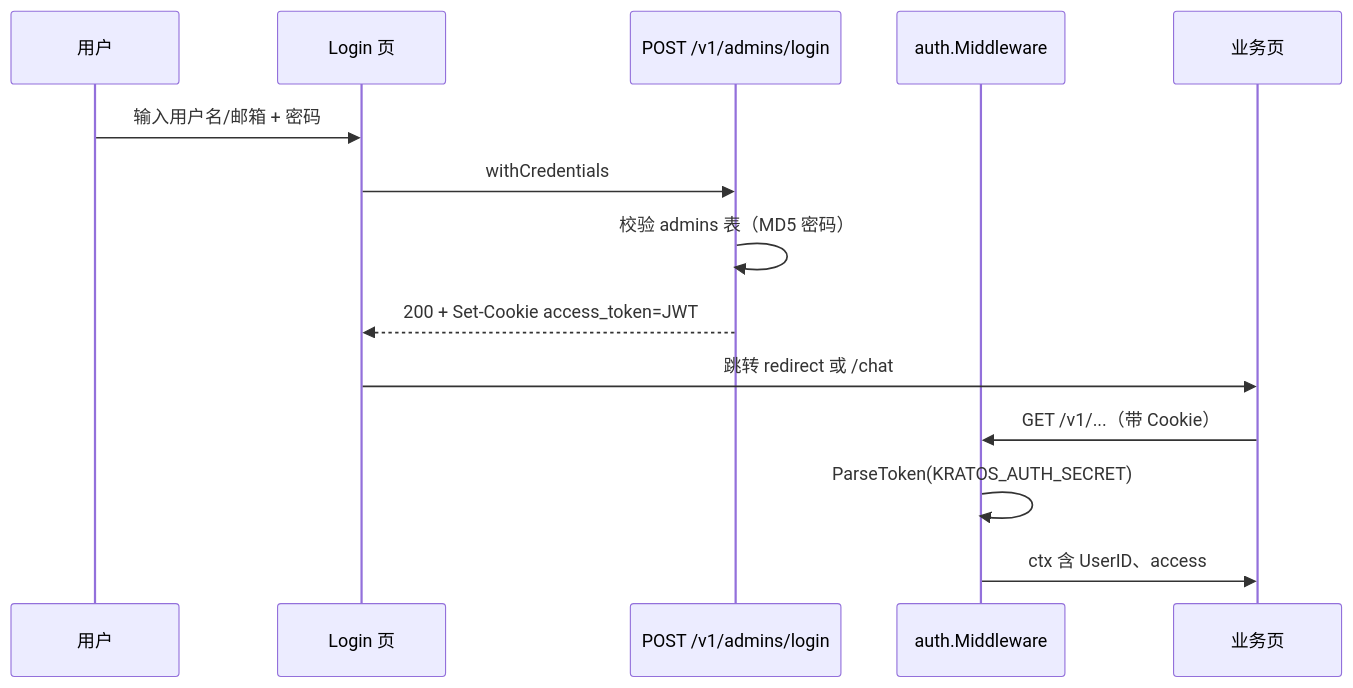
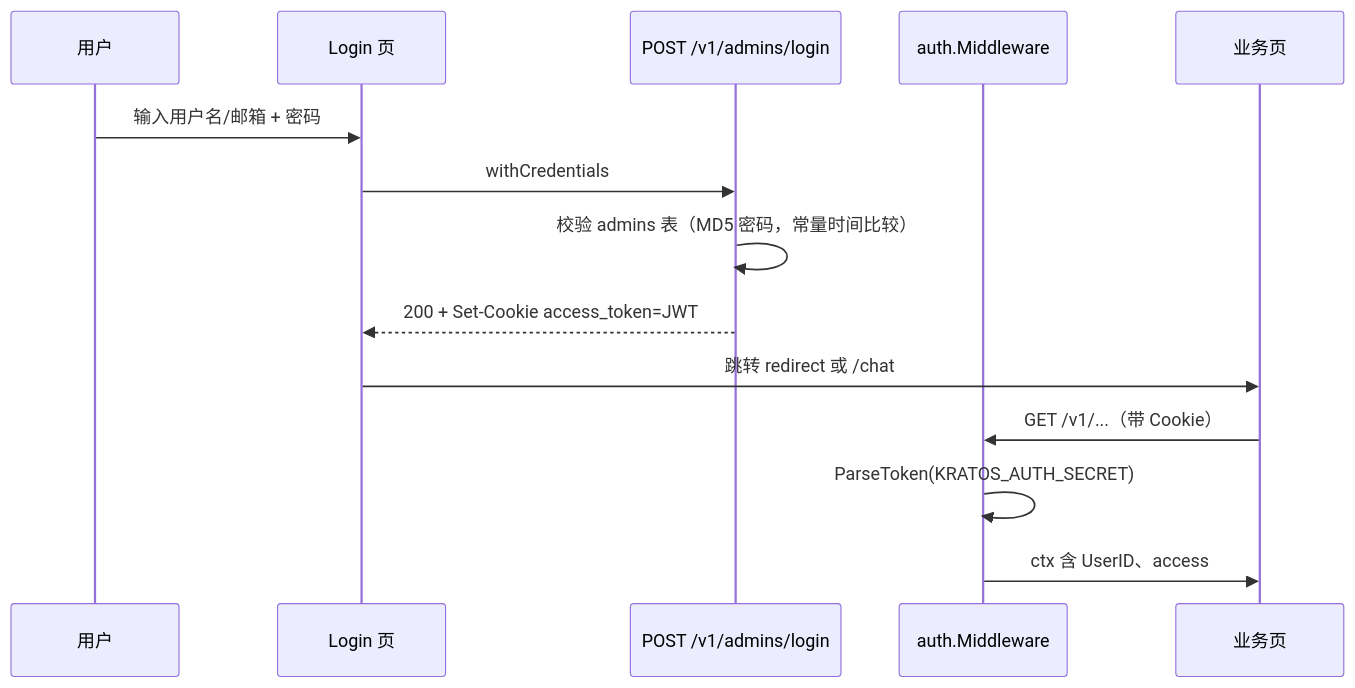
One commit to AmarsDing/aranea-agents changed the third of 4 diagrams in docs/development/31-admin-auth.design.md. Above: the diagram before and after it, drawn with Mermaid. The commit also changed other lines of this file and 75 other files, not shown here.

````diff
--- a/docs/development/31-admin-auth.design.md
+++ b/docs/development/31-admin-auth.design.md
@@ -163,17 +152,17 @@
 ```mermaid
 sequenceDiagram
   participant U as 用户
   participant L as Login 页
   participant API as POST /v1/admins/login
   participant MW as auth.Middleware
   participant App as 业务页
 
   U->>L: 输入用户名/邮箱 + 密码
   L->>API: withCredentials
-  API->>API: 校验 admins 表（MD5 密码）
+  API->>API: 校验 admins 表（MD5 密码，常量时间比较）
   API-->>L: 200 + Set-Cookie access_token=JWT
   L->>App: 跳转 redirect 或 /chat
   App->>MW: GET /v1/...（带 Cookie）
   MW->>MW: ParseToken(KRATOS_AUTH_SECRET)
   MW->>App: ctx 含 UserID、access
 ```
````
